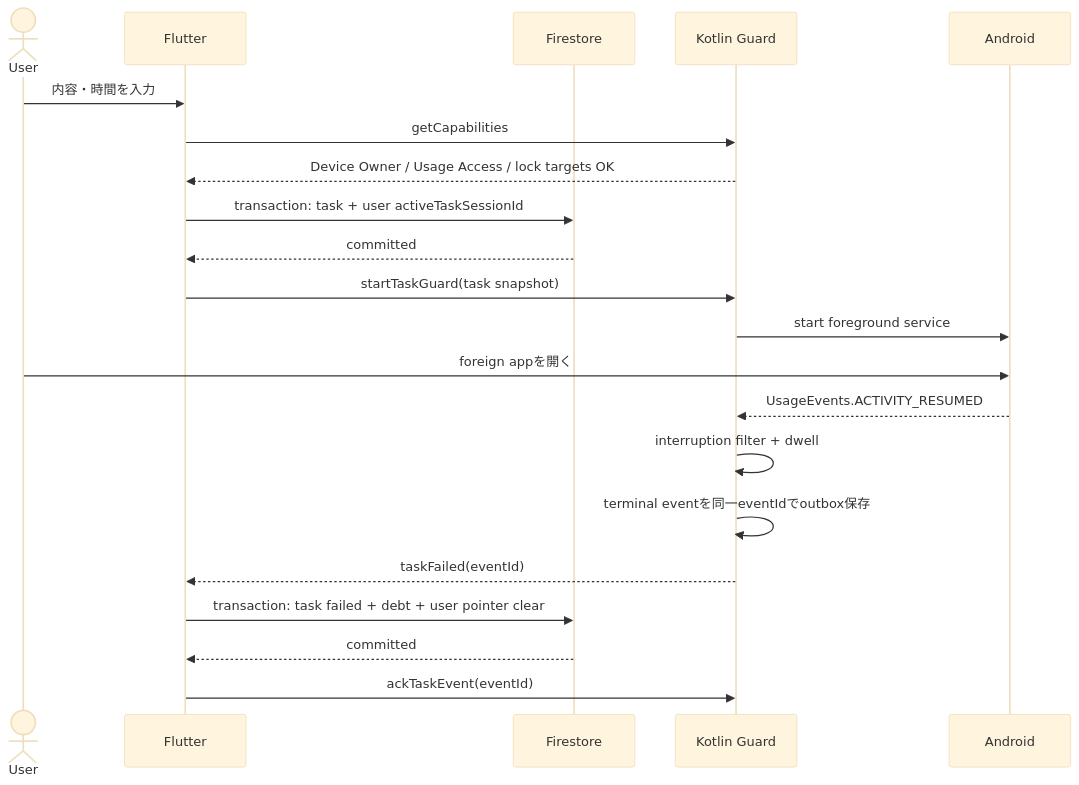
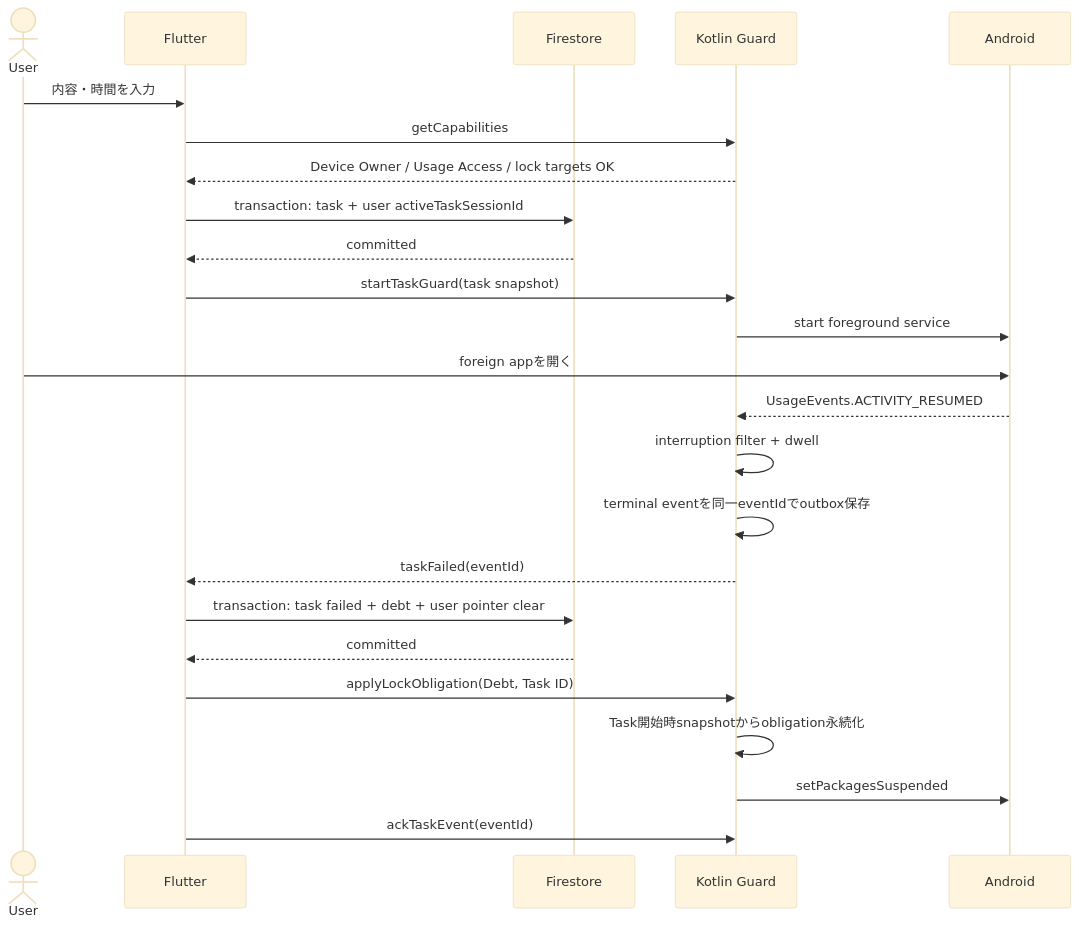
The third of 5 diagrams in docs/architecture.md (kren-team/MICHIZURE), drawn with Mermaid (base theme) before and after one commit. The commit also changed other lines of this file and 9 other files, not shown here.

````diff
--- a/docs/architecture.md
+++ b/docs/architecture.md
@@ -179,24 +179,27 @@
 ```mermaid
 sequenceDiagram
     actor User
     participant Flutter
     participant Firestore
     participant Native as Kotlin Guard
     participant Android
 
     User->>Flutter: 内容・時間を入力
     Flutter->>Native: getCapabilities
     Native-->>Flutter: Device Owner / Usage Access / lock targets OK
     Flutter->>Firestore: transaction: task + user activeTaskSessionId
     Firestore-->>Flutter: committed
     Flutter->>Native: startTaskGuard(task snapshot)
     Native->>Android: start foreground service
     User->>Android: foreign appを開く
     Android-->>Native: UsageEvents.ACTIVITY_RESUMED
     Native->>Native: interruption filter + dwell
     Native->>Native: terminal eventを同一eventIdでoutbox保存
     Native-->>Flutter: taskFailed(eventId)
     Flutter->>Firestore: transaction: task failed + debt + user pointer clear
     Firestore-->>Flutter: committed
+    Flutter->>Native: applyLockObligation(Debt, Task ID)
+    Native->>Native: Task開始時snapshotからobligation永続化
+    Native->>Android: setPackagesSuspended
     Flutter->>Native: ackTaskEvent(eventId)
 ```
````
